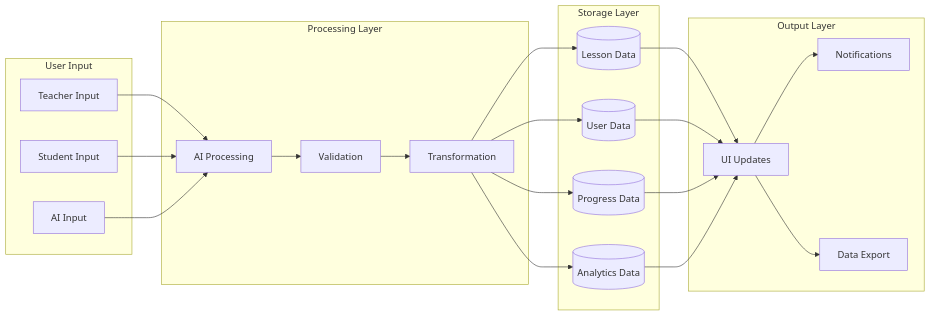
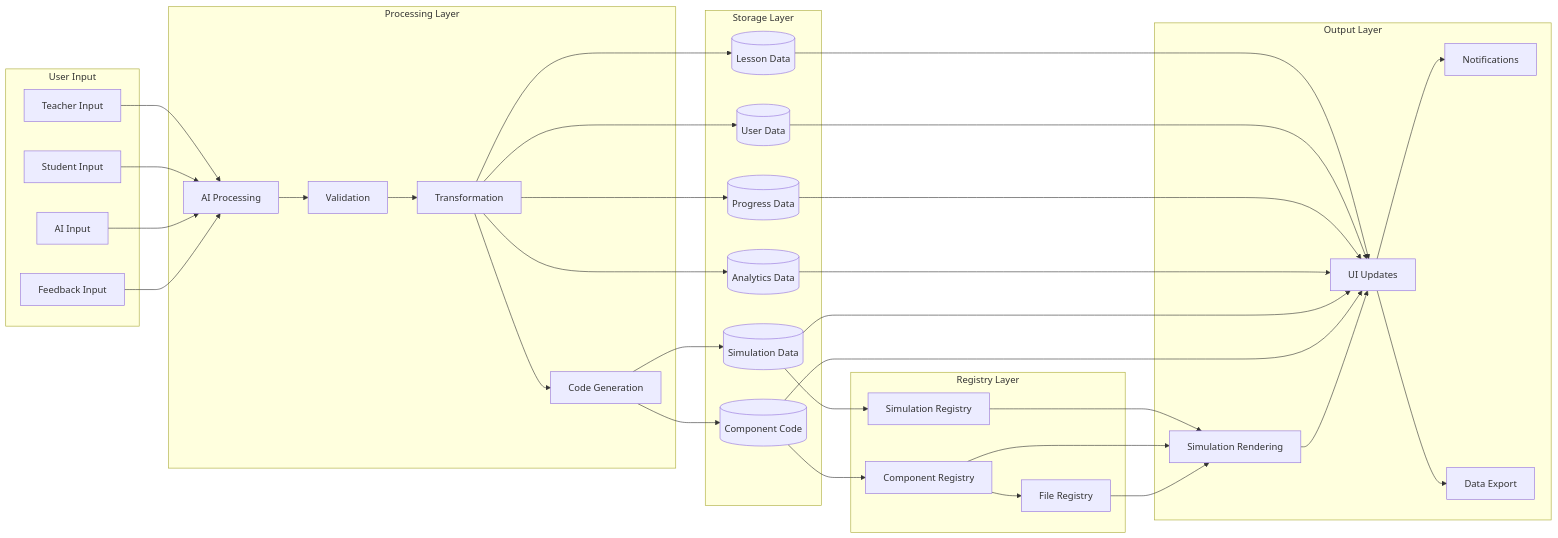
Before and after one commit to thetrungdtt/MathMind: the seventh of 12 diagrams in Design.md, drawn with Mermaid. The commit also changed other lines of this file, not shown here.

````diff
--- a/Design.md
+++ b/Design.md
@@ -595,47 +927,73 @@
 ```mermaid
 flowchart LR
     subgraph "User Input"
         TInput[Teacher Input]
         SInput[Student Input]
         AInput[AI Input]
+        FInput[Feedback Input]
     end
     
     subgraph "Processing Layer"
         AI[AI Processing]
         Val[Validation]
         Trans[Transformation]
+        CodeGen[Code Generation]
     end
     
     subgraph "Storage Layer"
         LD[(Lesson Data)]
         UD[(User Data)]
         PD[(Progress Data)]
         AD[(Analytics Data)]
+        SD[(Simulation Data)]
+        CD[(Component Code)]
+    end
+    
+    subgraph "Registry Layer"
+        SimReg[Simulation Registry]
+        CompReg[Component Registry]
+        FileReg[File Registry]
     end
     
     subgraph "Output Layer"
         UI[UI Updates]
         Notif[Notifications]
         Export[Data Export]
+        SimRender[Simulation Rendering]
     end
     
     TInput --> AI
     SInput --> AI
     AInput --> AI
+    FInput --> AI
     
     AI --> Val
     Val --> Trans
+    Trans --> CodeGen
     
+    CodeGen --> SD
+    CodeGen --> CD
     Trans --> LD
     Trans --> UD
     Trans --> PD
     Trans --> AD
     
+    SD --> SimReg
+    CD --> CompReg
+    CompReg --> FileReg
+    
     LD --> UI
     UD --> UI
     PD --> UI
     AD --> UI
+    SD --> UI
+    CD --> UI
+    
+    SimReg --> SimRender
+    CompReg --> SimRender
+    FileReg --> SimRender
     
     UI --> Notif
     UI --> Export
+    SimRender --> UI
 ```
````
